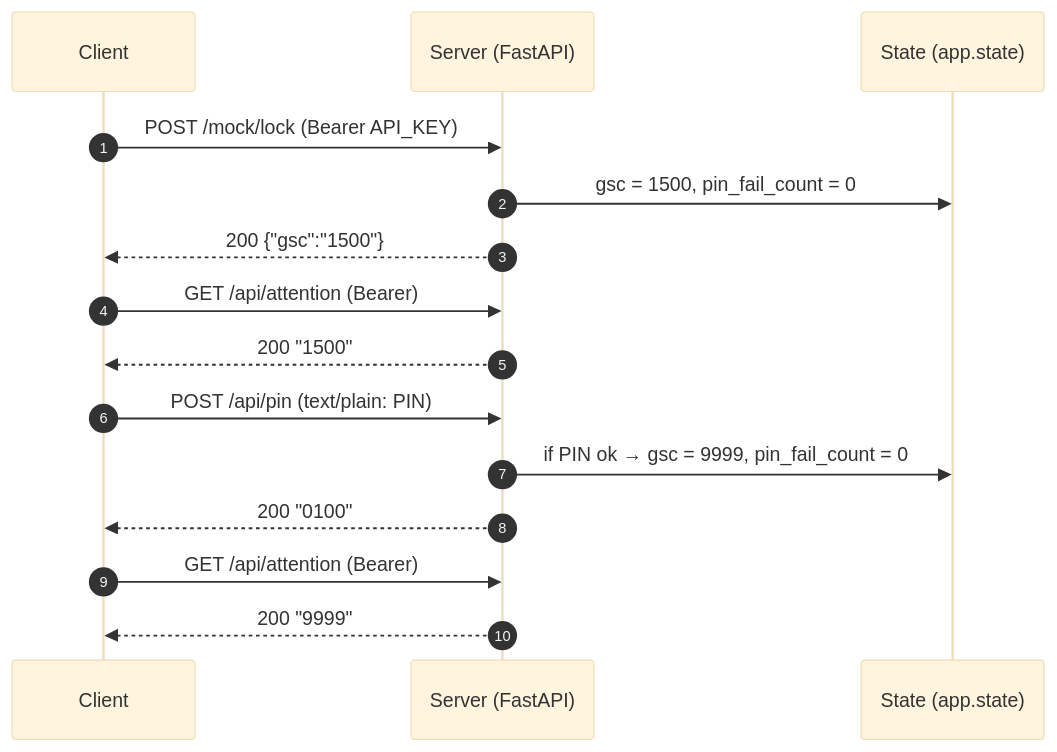
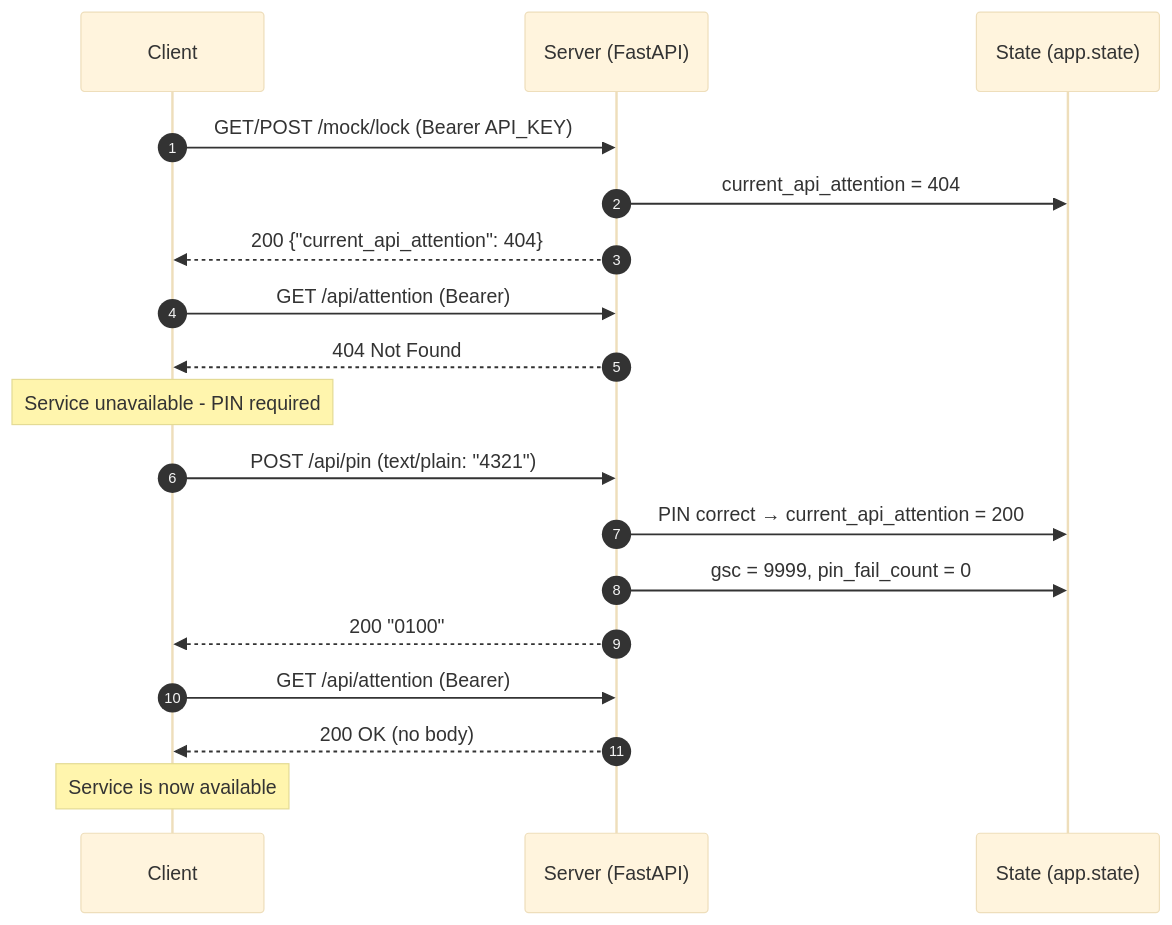
The third of 7 diagrams in doc/SEQUENCES.md (bringout/ofs-mockup-srv), drawn with Mermaid (base theme) before and after one commit. The commit also changed other lines of this file and 15 other files, not shown here.

First line of the commit message:
Remove GSC legacy system and implement HTTP status-based service availability

````diff
--- a/doc/SEQUENCES.md
+++ b/doc/SEQUENCES.md
@@ -6,21 +49,24 @@
 ```mermaid
 sequenceDiagram
     autonumber
     participant C as Client
     participant S as Server (FastAPI)
     participant ST as State (app.state)
 
-    C->>S: POST /mock/lock (Bearer API_KEY)
-    S->>ST: gsc = 1500, pin_fail_count = 0
-    S-->>C: 200 {"gsc":"1500"}
+    C->>S: GET/POST /mock/lock (Bearer API_KEY)
+    S->>ST: current_api_attention = 404
+    S-->>C: 200 {"current_api_attention": 404}
 
     C->>S: GET /api/attention (Bearer)
-    S-->>C: 200 "1500"
+    S-->>C: 404 Not Found
+    Note over C: Service unavailable - PIN required
 
-    C->>S: POST /api/pin (text/plain: PIN)
-    S->>ST: if PIN ok → gsc = 9999, pin_fail_count = 0
+    C->>S: POST /api/pin (text/plain: "4321")
+    S->>ST: PIN correct → current_api_attention = 200
+    S->>ST: gsc = 9999, pin_fail_count = 0
     S-->>C: 200 "0100"
 
     C->>S: GET /api/attention (Bearer)
-    S-->>C: 200 "9999"
+    S-->>C: 200 OK (no body)
+    Note over C: Service is now available
 ```
````
